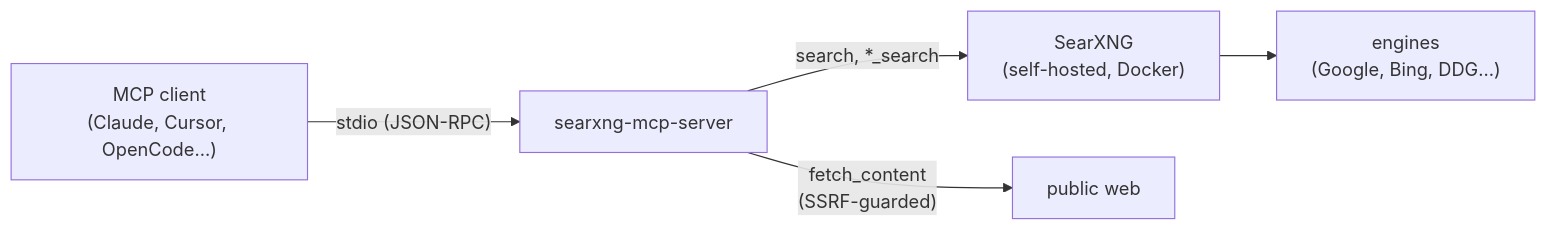
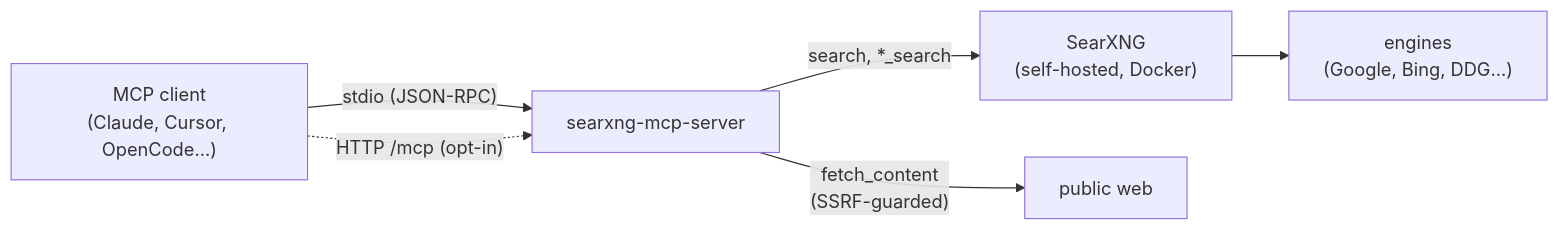
One commit to bumbaRasch/searxng-mcp-server changed the diagram in README.md. Above: the diagram before and after it, drawn with Mermaid. The commit also changed other lines of this file and 23 other files, not shown here.

````diff
--- a/README.md
+++ b/README.md
@@ -41,7 +41,8 @@
 ```mermaid
 flowchart LR
     C["MCP client<br/>(Claude, Cursor, OpenCode…)"] -->|"stdio (JSON-RPC)"| S["searxng-mcp-server"]
+    C -.->|"HTTP /mcp (opt-in)"| S
     S -->|"search, *_search"| X["SearXNG<br/>(self-hosted, Docker)"]
     X --> E["engines<br/>(Google, Bing, DDG…)"]
     S -->|"fetch_content<br/>(SSRF-guarded)"| W["public web"]
 ```
````
